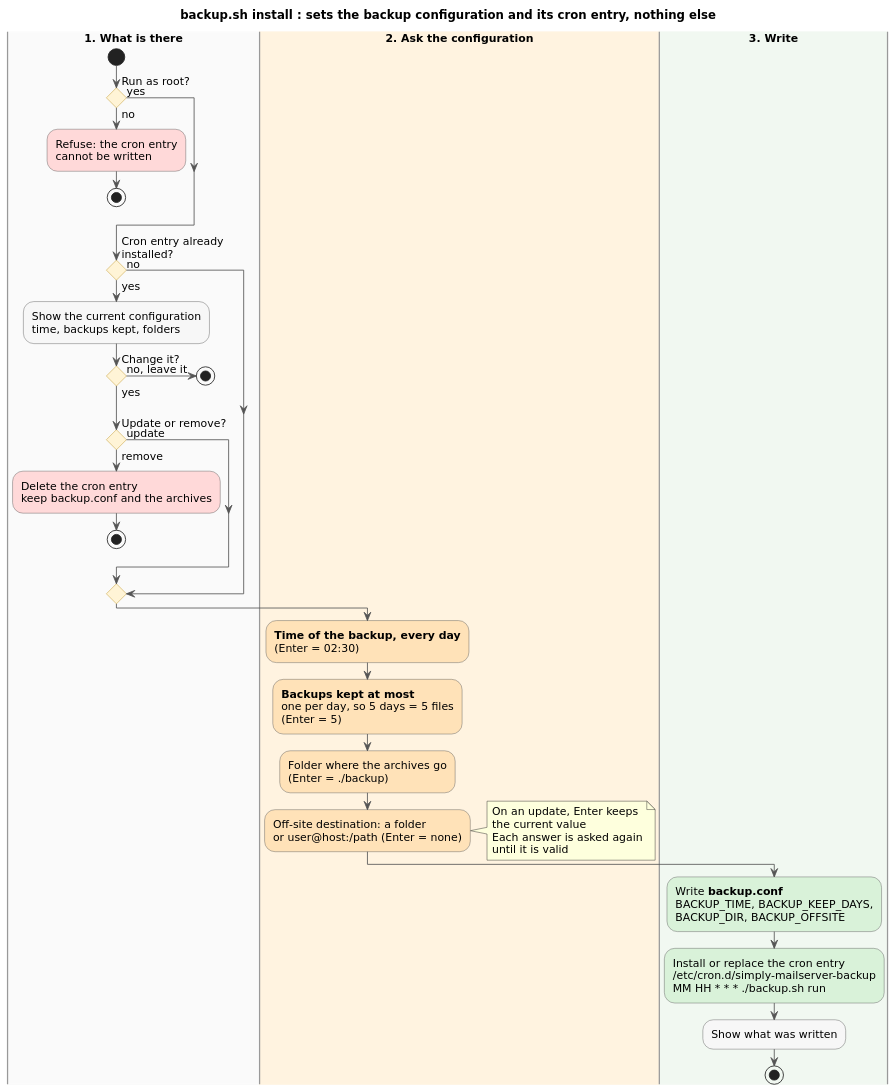
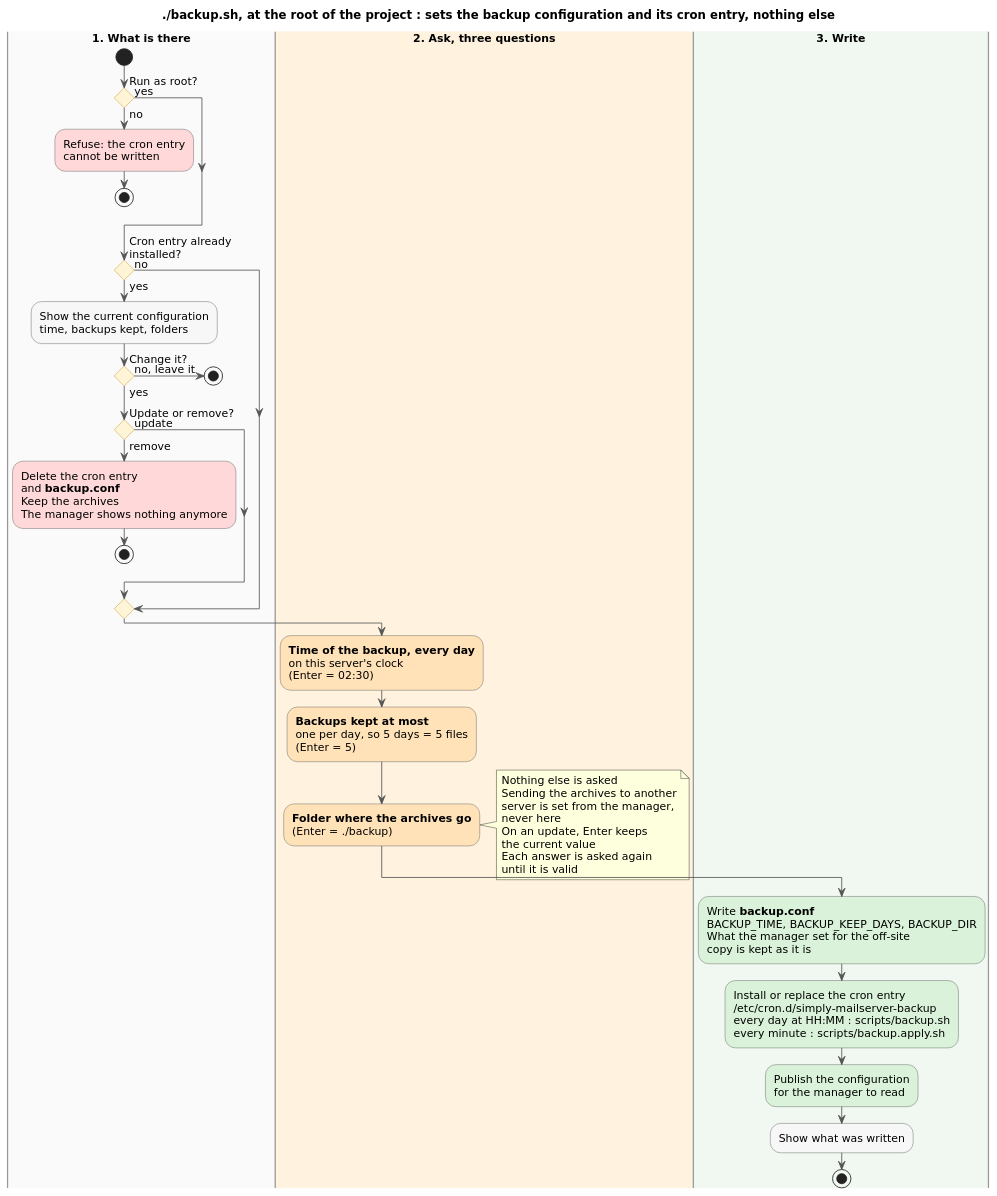
Before and after one commit to padcmoi/simply-a-dockerized-mail-server: the diagram in docs/operations/backup-install.plantuml, drawn with PlantUML. The commit also changed 72 other files, not shown here.

```diff
--- a/docs/operations/backup-install.plantuml
+++ b/docs/operations/backup-install.plantuml
@@ -1,67 +1,76 @@
 @startuml backup-install
-title backup.sh install : sets the backup configuration and its cron entry, nothing else
+title ./backup.sh, at the root of the project : sets the backup configuration and its cron entry, nothing else
 
 skinparam dpi 110
 skinparam shadowing false
 skinparam ConditionStyle diamond
 skinparam defaultFontName DejaVu Sans
 skinparam defaultFontSize 13
 skinparam ActivityBackgroundColor #F7F7F7
 skinparam ActivityBorderColor #555555
 skinparam ActivityDiamondBackgroundColor #FFF4D6
 skinparam ActivityDiamondBorderColor #B8860B
 skinparam ArrowColor #555555
 skinparam SwimlaneBorderColor #999999
 skinparam SwimlaneTitleFontStyle bold
 
 |#FAFAFA|1. What is there|
 start
 if (Run as root?) then (no)
   #FFD9D9:Refuse: the cron entry
   cannot be written;
   stop
 else (yes)
 endif
 if (Cron entry already\ninstalled?) then (no)
 else (yes)
   :Show the current configuration
   time, backups kept, folders;
   if (Change it?) then (no, leave it)
     stop
   else (yes)
   endif
   if (Update or remove?) then (remove)
     #FFD9D9:Delete the cron entry
-    keep backup.conf and the archives;
+    and **backup.conf**
+    Keep the archives
+    The manager shows nothing anymore;
     stop
   else (update)
   endif
 endif
 
-|#FFF3E0|2. Ask the configuration|
+|#FFF3E0|2. Ask, three questions|
 #FFE2B8:**Time of the backup, every day**
+on this server's clock
 (Enter = 02:30);
 #FFE2B8:**Backups kept at most**
 one per day, so 5 days = 5 files
 (Enter = 5);
-#FFE2B8:Folder where the archives go
+#FFE2B8:**Folder where the archives go**
 (Enter = ./backup);
-#FFE2B8:Off-site destination: a folder
-or user@host:/path (Enter = none);
 note right
+  Nothing else is asked
+  Sending the archives to another
+  server is set from the manager,
+  never here
   On an update, Enter keeps
   the current value
   Each answer is asked again
   until it is valid
 end note
 
 |#F1F8F1|3. Write|
 #D9F2D9:Write **backup.conf**
-BACKUP_TIME, BACKUP_KEEP_DAYS,
-BACKUP_DIR, BACKUP_OFFSITE;
+BACKUP_TIME, BACKUP_KEEP_DAYS, BACKUP_DIR
+What the manager set for the off-site
+copy is kept as it is;
 #D9F2D9:Install or replace the cron entry
 /etc/cron.d/simply-mailserver-backup
-MM HH * * * ./backup.sh run;
+every day at HH:MM : scripts/backup.sh
+every minute : scripts/backup.apply.sh;
+#D9F2D9:Publish the configuration
+for the manager to read;
 :Show what was written;
 stop
 @enduml
```
